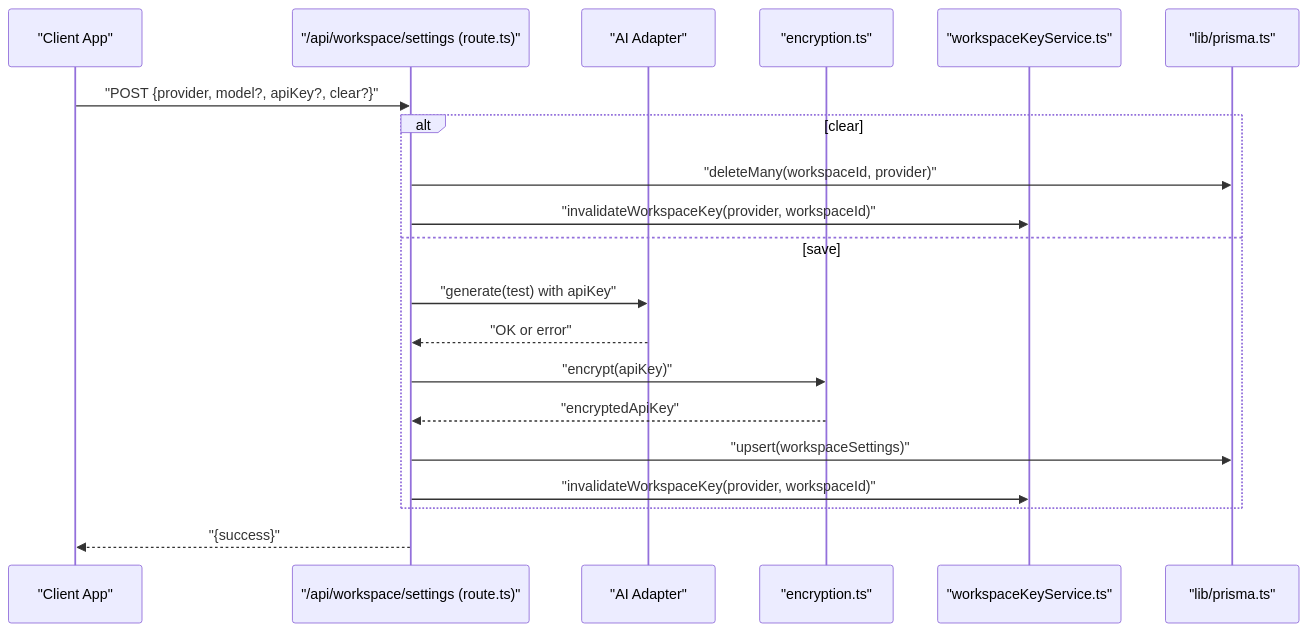
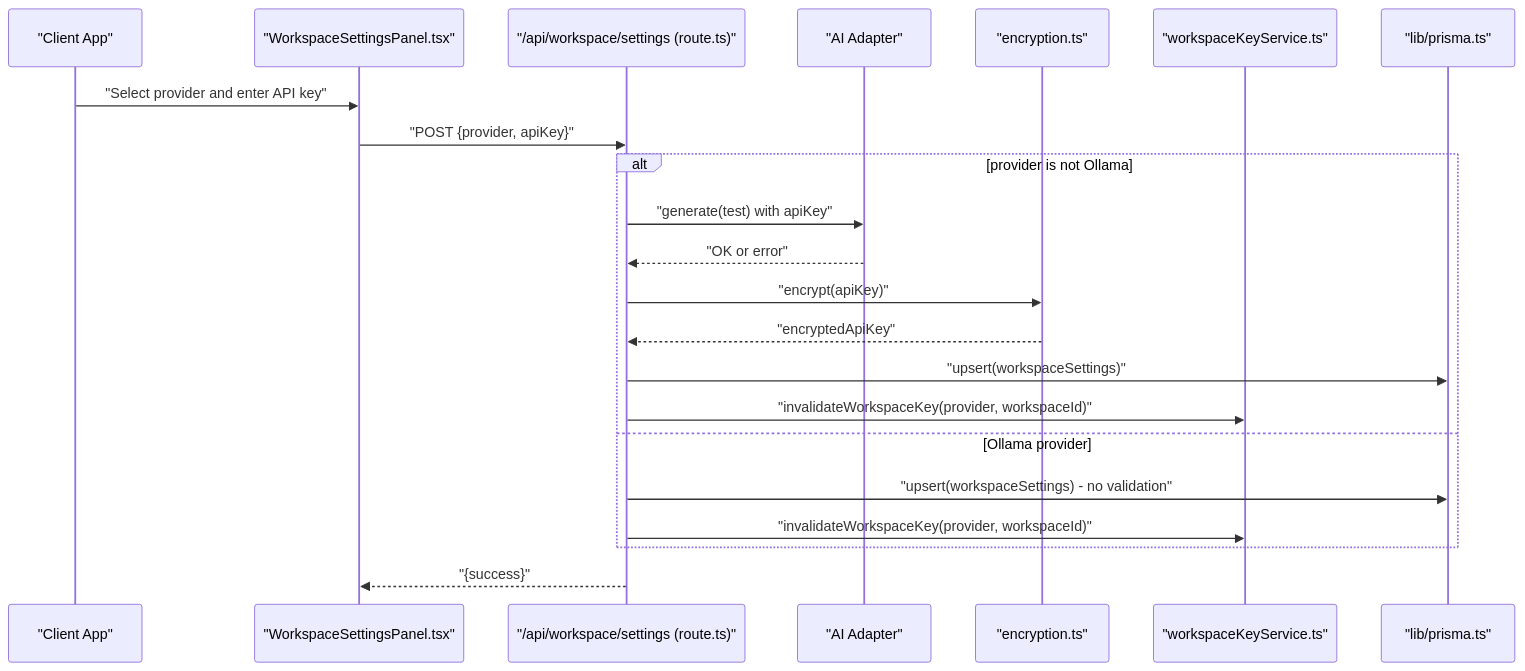
The sixth of 10 diagrams in .qoder/repowiki/en/content/Workspace & Multi-Tenancy/Workspace Management.md (shekhargiri005-dotcom/AI-powered-accessibility-first-UI-engine), drawn with Mermaid before and after one commit. The commit also changed other lines of this file and 7 other files, not shown here.

````diff
--- a/.qoder/repowiki/en/content/Workspace & Multi-Tenancy/Workspace Management.md
+++ b/.qoder/repowiki/en/content/Workspace & Multi-Tenancy/Workspace Management.md
@@ -262,22 +296,24 @@
 ```mermaid
 sequenceDiagram
 participant Client as "Client App"
+participant SettingsPanel as "WorkspaceSettingsPanel.tsx"
 participant SettingsAPI as "/api/workspace/settings (route.ts)"
 participant Adapter as "AI Adapter"
 participant Crypto as "encryption.ts"
 participant Cache as "workspaceKeyService.ts"
 participant DB as "lib/prisma.ts"
-Client->>SettingsAPI : "POST {provider, model?, apiKey?, clear?}"
-alt clear
-SettingsAPI->>DB : "deleteMany(workspaceId, provider)"
-SettingsAPI->>Cache : "invalidateWorkspaceKey(provider, workspaceId)"
-else save
+Client->>SettingsPanel : "Select provider and enter API key"
+SettingsPanel->>SettingsAPI : "POST {provider, apiKey}"
+alt provider is not Ollama
 SettingsAPI->>Adapter : "generate(test) with apiKey"
 Adapter-->>SettingsAPI : "OK or error"
 SettingsAPI->>Crypto : "encrypt(apiKey)"
 Crypto-->>SettingsAPI : "encryptedApiKey"
 SettingsAPI->>DB : "upsert(workspaceSettings)"
 SettingsAPI->>Cache : "invalidateWorkspaceKey(provider, workspaceId)"
+else Ollama provider
+SettingsAPI->>DB : "upsert(workspaceSettings) - no validation"
+SettingsAPI->>Cache : "invalidateWorkspaceKey(provider, workspaceId)"
 end
-SettingsAPI-->>Client : "{success}"
+SettingsAPI-->>SettingsPanel : "{success}"
 ```
````
